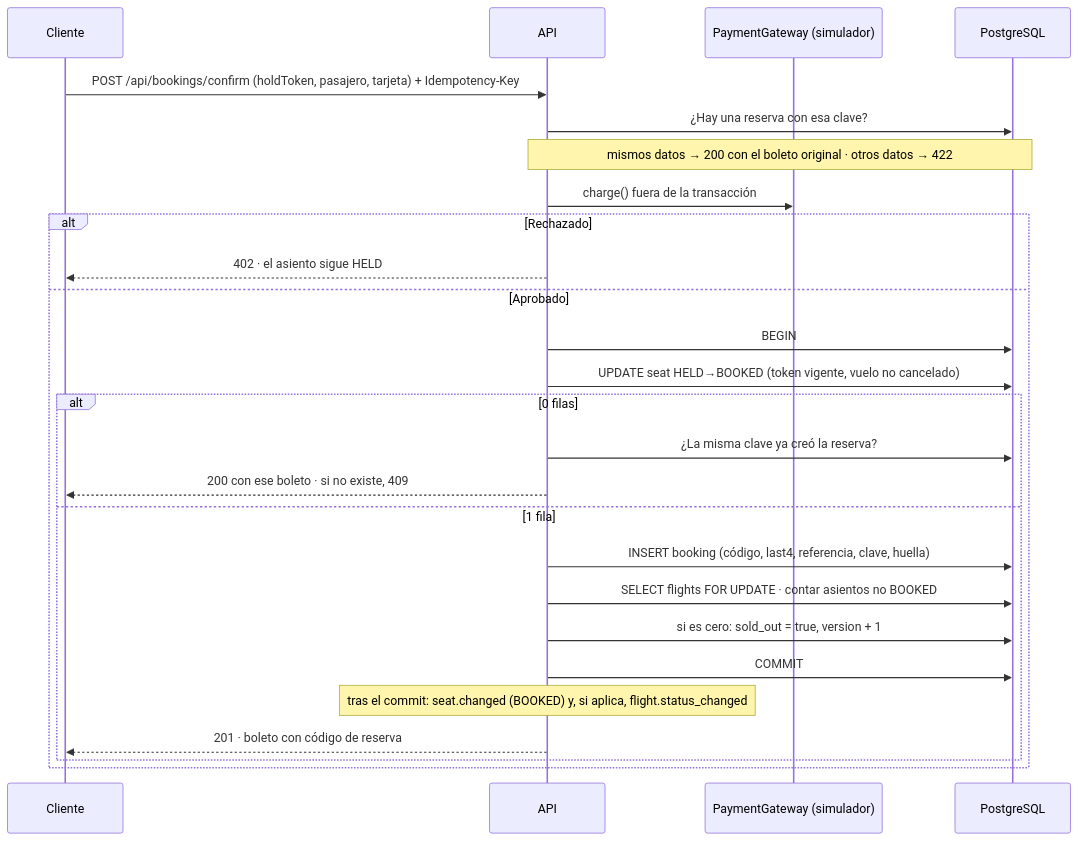
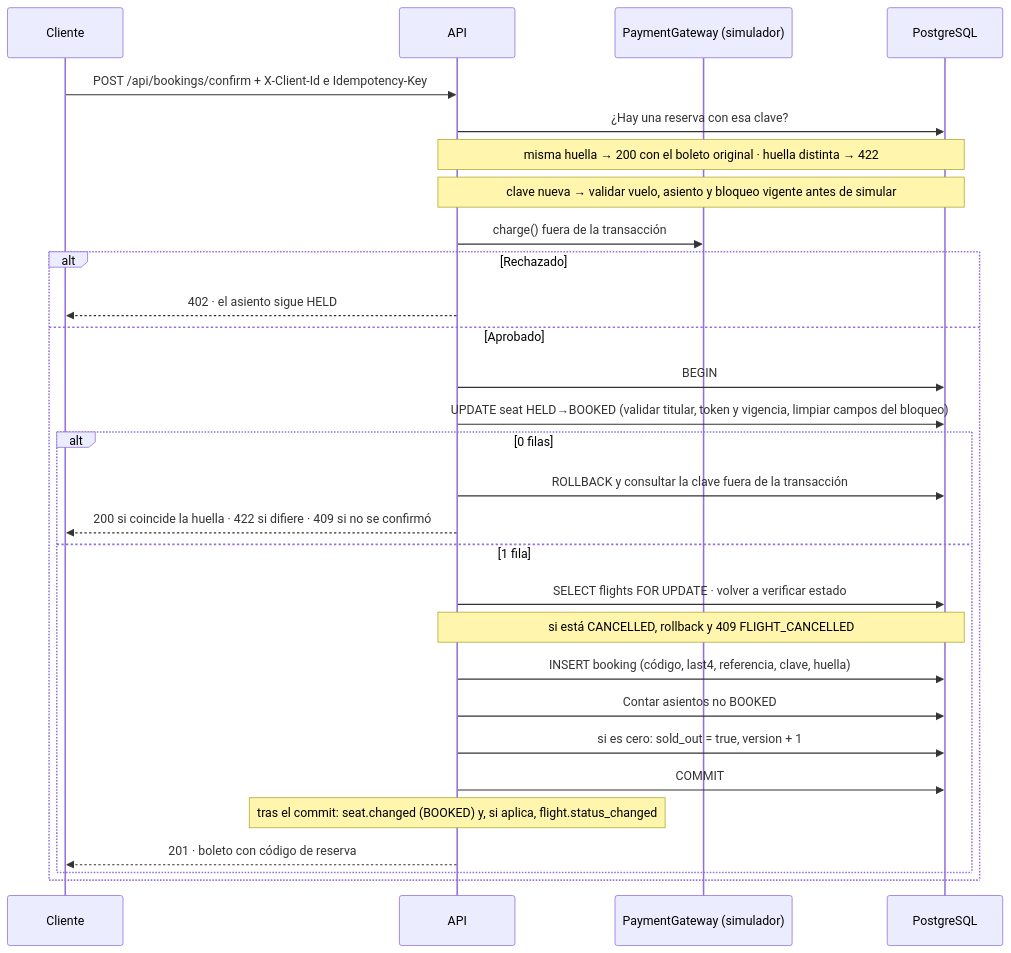
The third of 4 diagrams in docs/architecture.md (ingebatista/aeropulse-flight-booking), drawn with Mermaid before and after one commit. The commit also changed other lines of this file and 15 other files, not shown here.

````diff
--- a/docs/architecture.md
+++ b/docs/architecture.md
@@ -166,29 +179,32 @@
 ```mermaid
 sequenceDiagram
   participant U as Cliente
   participant API as API
   participant PG as PaymentGateway (simulador)
   participant DB as PostgreSQL
 
-  U->>API: POST /api/bookings/confirm (holdToken, pasajero, tarjeta) + Idempotency-Key
+  U->>API: POST /api/bookings/confirm + X-Client-Id e Idempotency-Key
   API->>DB: ¿Hay una reserva con esa clave?
-  Note over API,DB: mismos datos → 200 con el boleto original · otros datos → 422
+  Note over API,DB: misma huella → 200 con el boleto original · huella distinta → 422
+  Note over API,DB: clave nueva → validar vuelo, asiento y bloqueo vigente antes de simular
   API->>PG: charge() fuera de la transacción
   alt Rechazado
     API-->>U: 402 · el asiento sigue HELD
   else Aprobado
     API->>DB: BEGIN
-    API->>DB: UPDATE seat HELD→BOOKED (token vigente, vuelo no cancelado)
+    API->>DB: UPDATE seat HELD→BOOKED (validar titular, token y vigencia, limpiar campos del bloqueo)
     alt 0 filas
-      API->>DB: ¿La misma clave ya creó la reserva?
-      API-->>U: 200 con ese boleto · si no existe, 409
+      API->>DB: ROLLBACK y consultar la clave fuera de la transacción
+      API-->>U: 200 si coincide la huella · 422 si difiere · 409 si no se confirmó
     else 1 fila
+      API->>DB: SELECT flights FOR UPDATE · volver a verificar estado
+      Note over API,DB: si está CANCELLED, rollback y 409 FLIGHT_CANCELLED
       API->>DB: INSERT booking (código, last4, referencia, clave, huella)
-      API->>DB: SELECT flights FOR UPDATE · contar asientos no BOOKED
+      API->>DB: Contar asientos no BOOKED
       API->>DB: si es cero: sold_out = true, version + 1
       API->>DB: COMMIT
       Note over API: tras el commit: seat.changed (BOOKED) y, si aplica, flight.status_changed
       API-->>U: 201 · boleto con código de reserva
     end
   end
 ```
````
